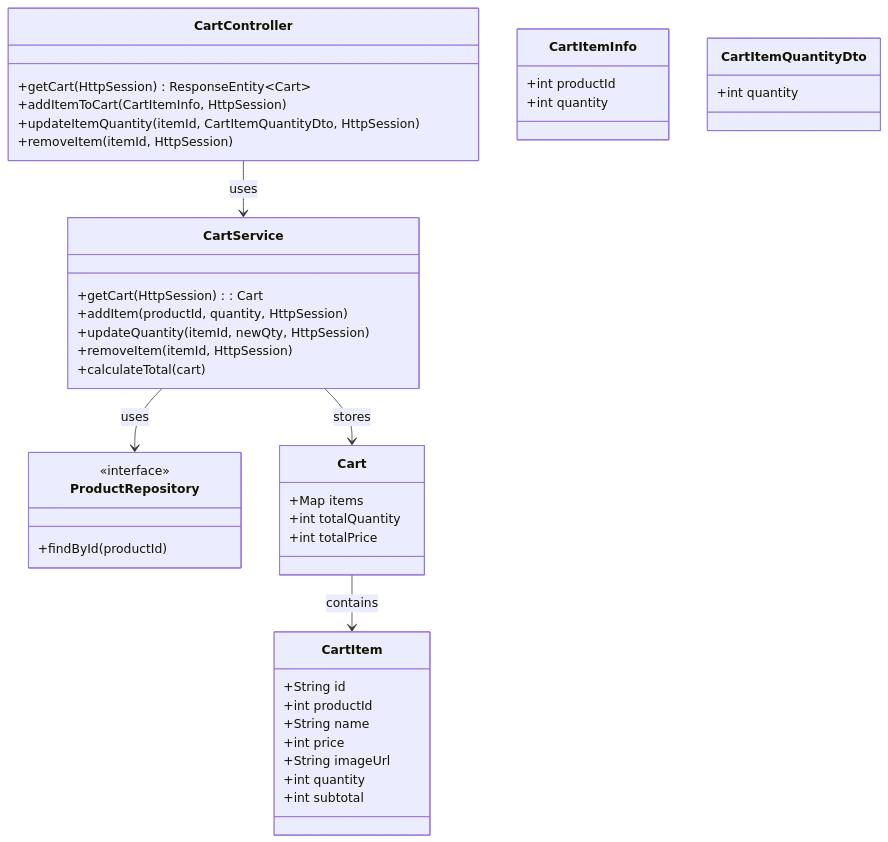
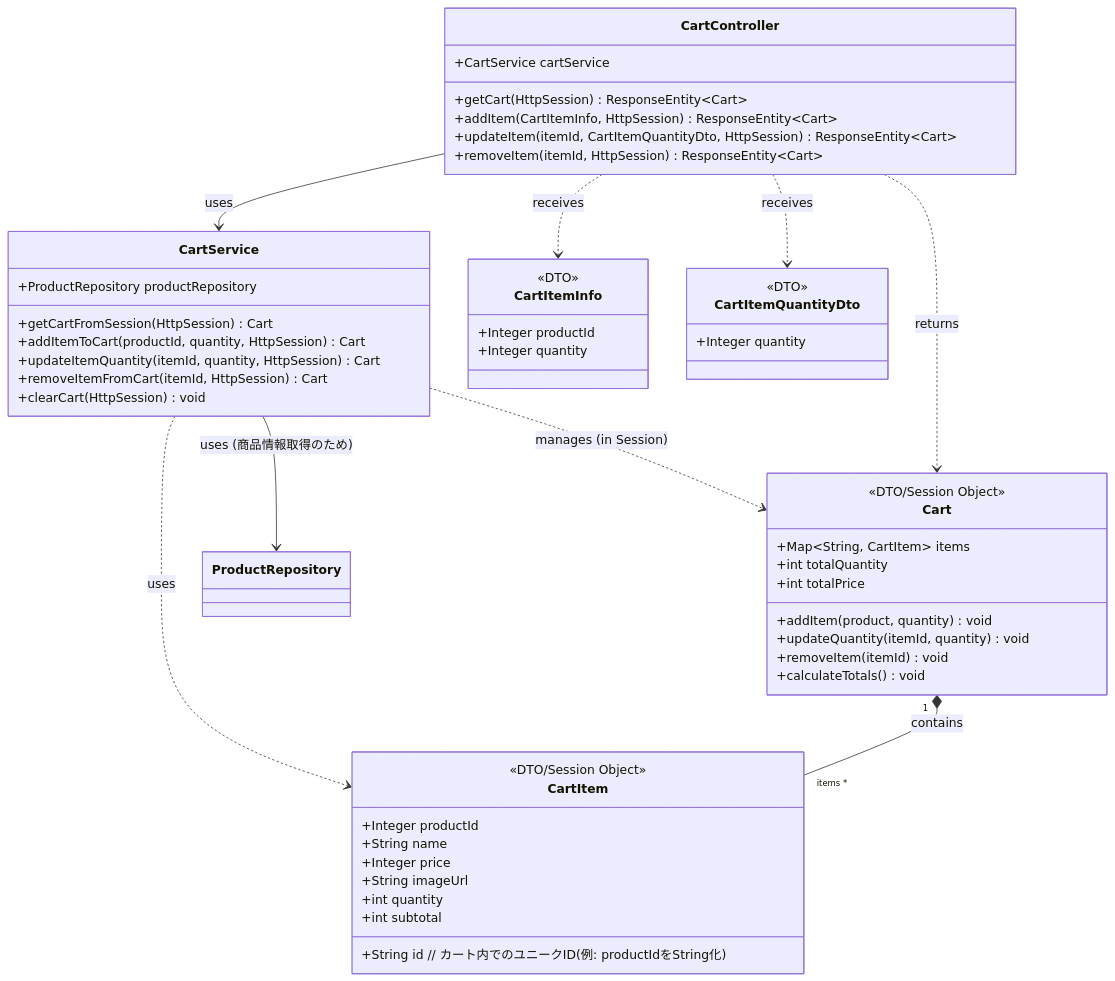
One commit to natsumiumeda/Jobs changed diagram 17 of 21 in 詳細設計/詳細設計書.md. Above: the diagram before and after it, drawn with Mermaid. The commit also changed other lines of this file, not shown here.

```diff
--- a/詳細設計/詳細設計書.md
+++ b/詳細設計/詳細設計書.md
@@ -740,52 +808,56 @@
 <div class="mermaid">
 classDiagram
     class CartController {
+        +CartService cartService
         +getCart(HttpSession) ResponseEntity~Cart~
-        +addItemToCart(CartItemInfo, HttpSession)
-        +updateItemQuantity(itemId, CartItemQuantityDto, HttpSession)
-        +removeItem(itemId, HttpSession)
+        +addItem(CartItemInfo, HttpSession) ResponseEntity~Cart~
+        +updateItem(itemId, CartItemQuantityDto, HttpSession) ResponseEntity~Cart~
+        +removeItem(itemId, HttpSession) ResponseEntity~Cart~
     }
-
     class CartService {
-        +getCart(HttpSession) : Cart
-        +addItem(productId, quantity, HttpSession)
-        +updateQuantity(itemId, newQty, HttpSession)
-        +removeItem(itemId, HttpSession)
-        +calculateTotal(cart)
+        +ProductRepository productRepository
+        +getCartFromSession(HttpSession) Cart
+        +addItemToCart(productId, quantity, HttpSession) Cart
+        +updateItemQuantity(itemId, quantity, HttpSession) Cart
+        +removeItemFromCart(itemId, HttpSession) Cart
+        +clearCart(HttpSession) void
     }
-
-    class ProductRepository {
-        <<interface>>
-        +findById(productId)
-    }
-
     class Cart {
-        +Map<String, CartItem> items
+        <<DTO/Session Object>>
+        +Map~String, CartItem~ items
         +int totalQuantity
         +int totalPrice
+        +addItem(product, quantity) void
+        +updateQuantity(itemId, quantity) void
+        +removeItem(itemId) void
+        +calculateTotals() void
     }
-
     class CartItem {
-        +String id
-        +int productId
+        <<DTO/Session Object>>
+        +String id  // カート内でのユニークID (例: productIdをString化)
+        +Integer productId
         +String name
-        +int price
+        +Integer price
         +String imageUrl
         +int quantity
         +int subtotal
     }
-
-    class CartItemInfo {
-        +int productId
-        +int quantity
+    class CartItemInfo{
+        <<DTO>>
+        +Integer productId
+        +Integer quantity
     }
-
-    class CartItemQuantityDto {
-        +int quantity
+     class CartItemQuantityDto{
+        <<DTO>>
+        +Integer quantity
     }
 
     CartController --> CartService : uses
-    CartService --> ProductRepository : uses
-    CartService --> Cart : stores
-    Cart --> CartItem : contains
+    CartService --> ProductRepository : uses (商品情報取得のため)
+    CartService ..> Cart : manages (in Session)
+    CartService ..> CartItem : uses
+    Cart "1" *-- "items *" CartItem : contains
+    CartController ..> Cart : returns
+    CartController ..> CartItemInfo : receives
+    CartController ..> CartItemQuantityDto : receives
 </div>
```
